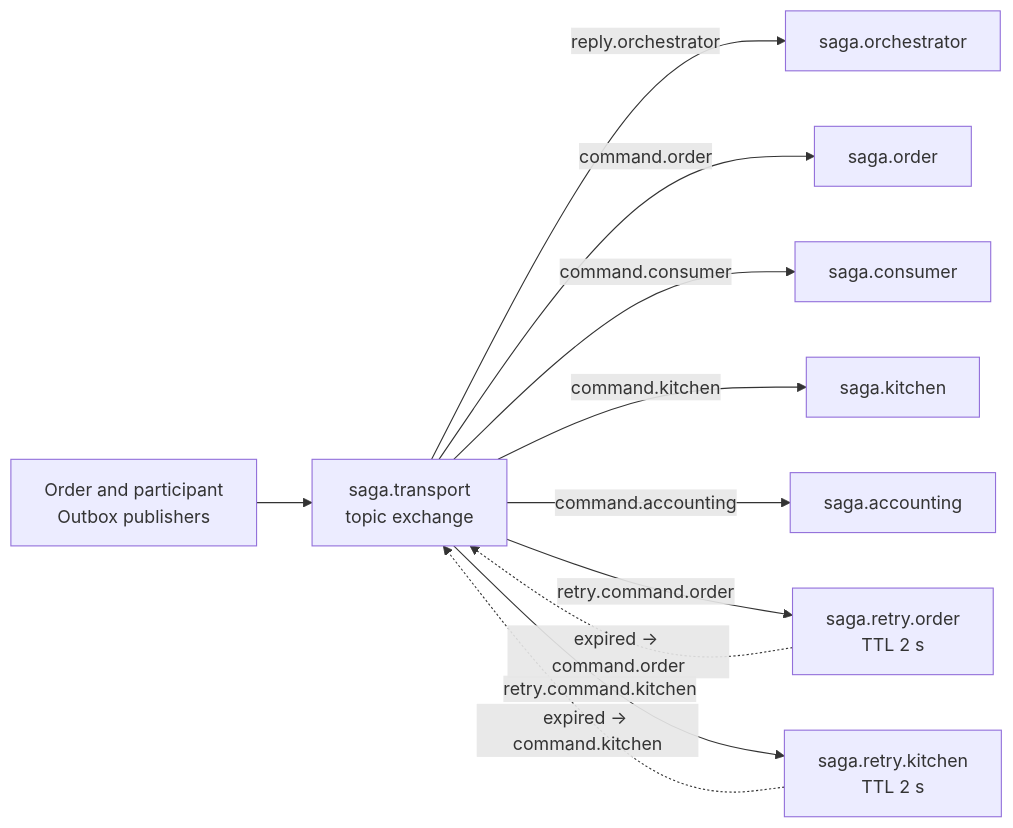
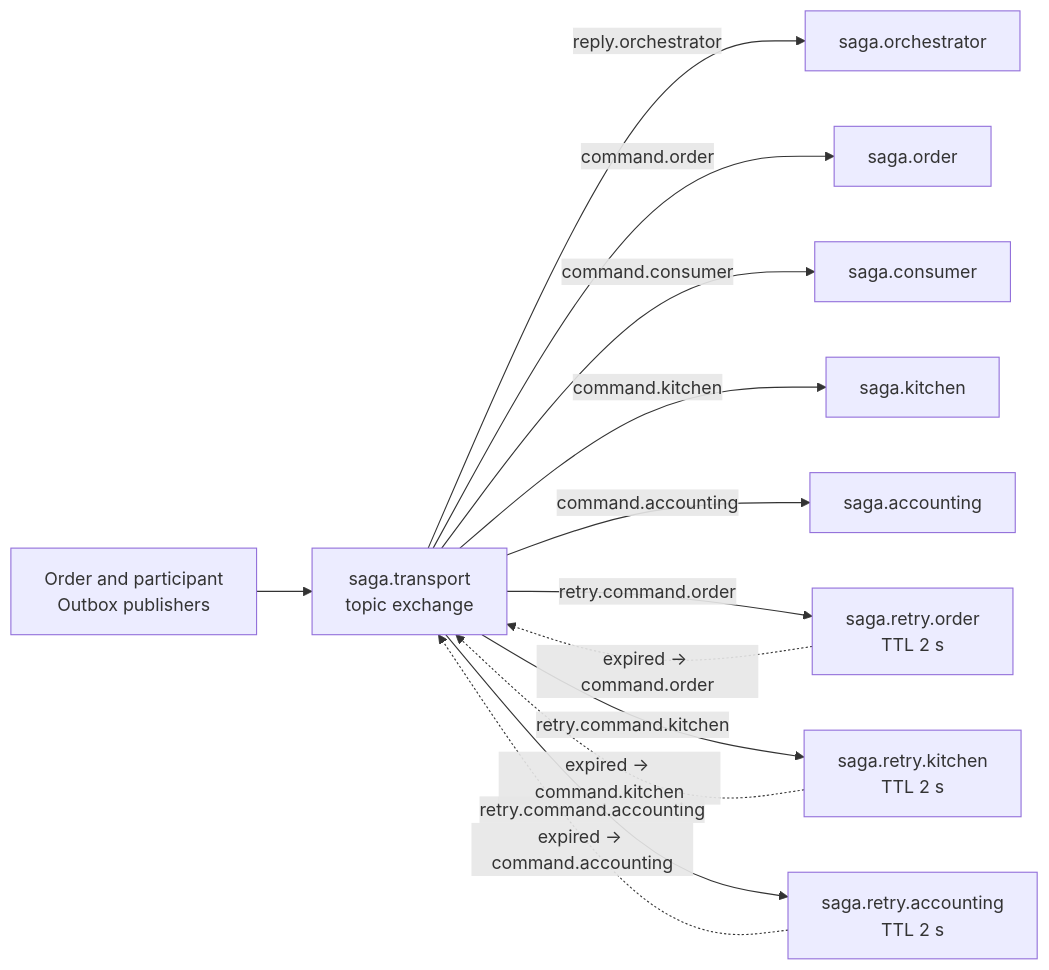
One commit to saverioieva/information-systems-design-big-data-examples changed the second of 9 diagrams in microservices-coordination-and-orchestration/saga-isolation/README.md. Above: the diagram before and after it, drawn with Mermaid. The commit also changed other lines of this file and 60 other files, not shown here.

````diff
--- a/microservices-coordination-and-orchestration/saga-isolation/README.md
+++ b/microservices-coordination-and-orchestration/saga-isolation/README.md
@@ -137,13 +137,15 @@
 ```mermaid
 flowchart LR
     PUB["Order and participant<br/>Outbox publishers"] --> EX["saga.transport<br/>topic exchange"]
     EX -->|"reply.orchestrator"| QO["saga.orchestrator"]
     EX -->|"command.order"| QORD["saga.order"]
     EX -->|"command.consumer"| QC["saga.consumer"]
     EX -->|"command.kitchen"| QK["saga.kitchen"]
     EX -->|"command.accounting"| QA["saga.accounting"]
     EX -->|"retry.command.order"| QRORD["saga.retry.order<br/>TTL 2 s"]
     EX -->|"retry.command.kitchen"| QRK["saga.retry.kitchen<br/>TTL 2 s"]
+    EX -->|"retry.command.accounting"| QRA["saga.retry.accounting<br/>TTL 2 s"]
     QRORD -.->|"expired -> command.order"| EX
     QRK -.->|"expired -> command.kitchen"| EX
+    QRA -.->|"expired -> command.accounting"| EX
 ```
````
